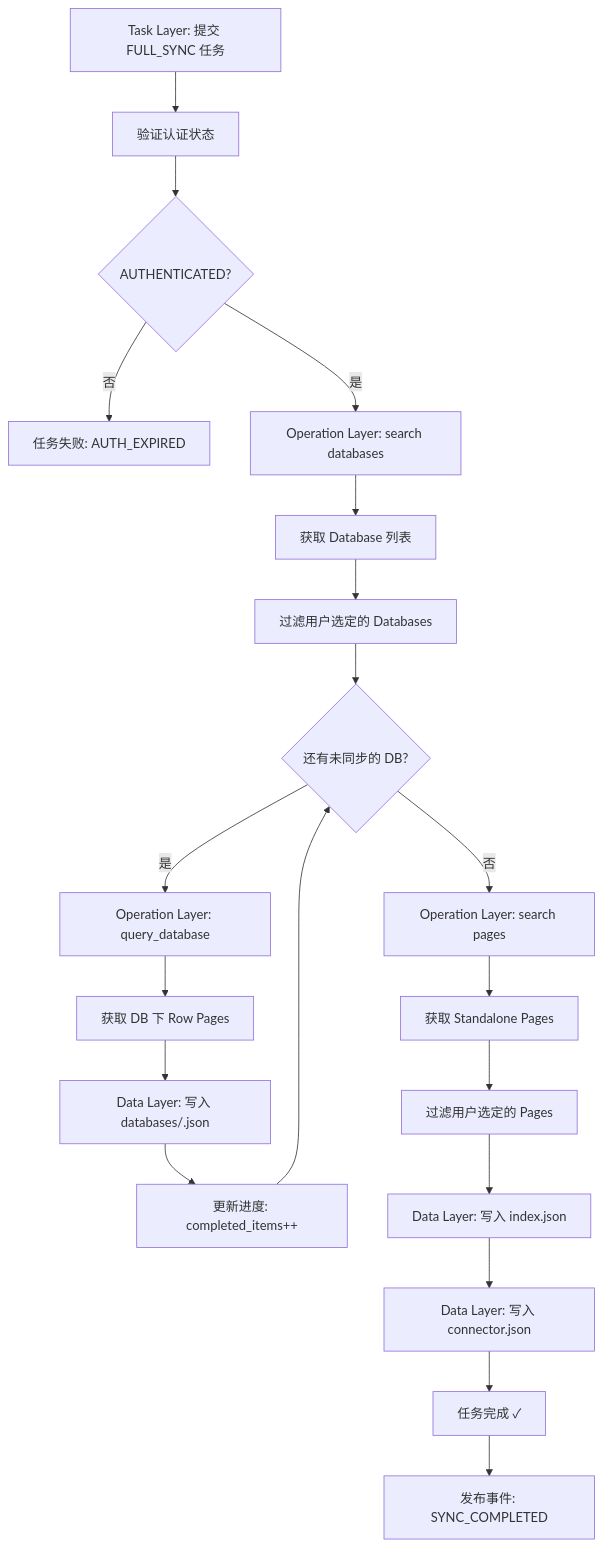
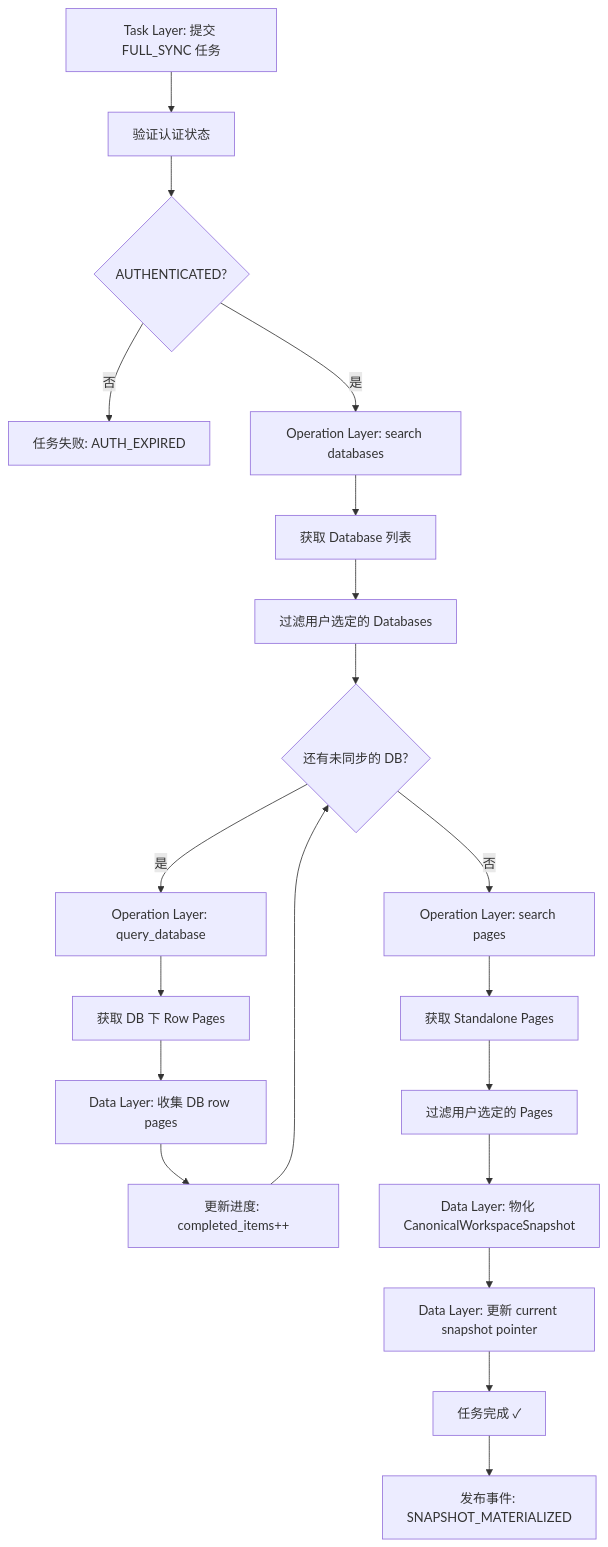
One commit to glide-the/im-dream changed the fifth of 18 diagrams in docs/design/claude-agent/notion-point/resource-connector-flowcharts.md. Above: the diagram before and after it, drawn with Mermaid. The commit also changed other lines of this file and 16 other files, not shown here.

First line of the commit message:
feat(notion): implement canonical snapshot and resource connector integration

````diff
--- a/docs/design/claude-agent/notion-point/resource-connector-flowcharts.md
+++ b/docs/design/claude-agent/notion-point/resource-connector-flowcharts.md
@@ -153,25 +154,25 @@
 ```mermaid
 flowchart TD
     A[Task Layer: 提交 FULL_SYNC 任务] --> B[验证认证状态]
     B --> C{AUTHENTICATED?}
     C -->|否| D[任务失败: AUTH_EXPIRED]
     C -->|是| E[Operation Layer: search databases]
 
     E --> F[获取 Database 列表]
     F --> G[过滤用户选定的 Databases]
     G --> H{还有未同步的 DB?}
 
     H -->|是| I[Operation Layer: query_database]
     I --> J[获取 DB 下 Row Pages]
-    J --> K[Data Layer: 写入 databases/<db_id>.json]
+    J --> K[Data Layer: 收集 DB row pages]
     K --> L[更新进度: completed_items++]
     L --> H
 
     H -->|否| M[Operation Layer: search pages]
     M --> N[获取 Standalone Pages]
     N --> O[过滤用户选定的 Pages]
-    O --> P[Data Layer: 写入 index.json]
-    P --> Q[Data Layer: 写入 connector.json]
+    O --> P[Data Layer: 物化 CanonicalWorkspaceSnapshot]
+    P --> Q[Data Layer: 更新 current snapshot pointer]
     Q --> R[任务完成 ✓]
-    R --> S[发布事件: SYNC_COMPLETED]
+    R --> S[发布事件: SNAPSHOT_MATERIALIZED]
 ```
````
